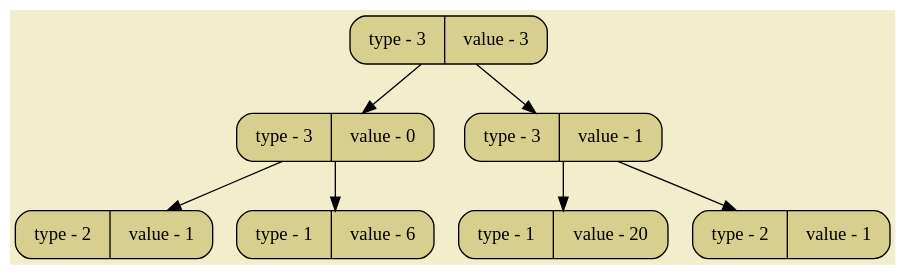
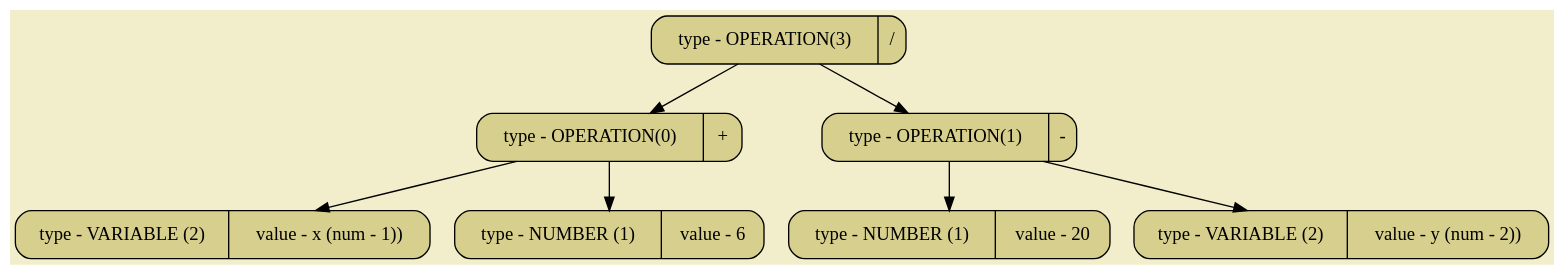
Before and after one commit to SashaKhaytina/Differenciator: the diagram in pictures/image01.dot, drawn with Graphviz. The commit also changed 7 other files, not shown here.

```diff
--- a/pictures/image01.dot
+++ b/pictures/image01.dot
@@ -1,18 +1,18 @@
 digraph
 {
 bgcolor="#F2EECB";
 rankdir = TB;
-POINT_0x57977ae09490[shape=Mrecord, label = "type - 3 | value - 3", style="filled",fillcolor="#D7CF8D"]
-POINT_0x57977ae098c0[shape=Mrecord, label = "type - 3 | value - 0", style="filled",fillcolor="#D7CF8D"]
-POINT_0x57977ae098e0[shape=Mrecord, label = "type - 2 | value - 1", style="filled",fillcolor="#D7CF8D"]
-POINT_0x57977ae09900[shape=Mrecord, label = "type - 1 | value - 6", style="filled",fillcolor="#D7CF8D"]
-POINT_0x57977ae09920[shape=Mrecord, label = "type - 3 | value - 1", style="filled",fillcolor="#D7CF8D"]
-POINT_0x57977ae09940[shape=Mrecord, label = "type - 1 | value - 20", style="filled",fillcolor="#D7CF8D"]
-POINT_0x57977ae09960[shape=Mrecord, label = "type - 2 | value - 1", style="filled",fillcolor="#D7CF8D"]
-POINT_0x57977ae09490 -> POINT_0x57977ae098c0
-POINT_0x57977ae09490 -> POINT_0x57977ae09920
-POINT_0x57977ae098c0 -> POINT_0x57977ae098e0
-POINT_0x57977ae098c0 -> POINT_0x57977ae09900
-POINT_0x57977ae09920 -> POINT_0x57977ae09940
-POINT_0x57977ae09920 -> POINT_0x57977ae09960
+POINT_0x5ea2d7f1a490[shape=Mrecord, label = "type - OPERATION(3) | /", style="filled",fillcolor="#D7CF8D"]
+POINT_0x5ea2d7f1a8c0[shape=Mrecord, label = "type - OPERATION(0) | +", style="filled",fillcolor="#D7CF8D"]
+POINT_0x5ea2d7f1a8e0[shape=Mrecord, label = "type - VARIABLE (2) | value - x (num - 1))", style="filled",fillcolor="#D7CF8D"]
+POINT_0x5ea2d7f1a900[shape=Mrecord, label = "type - NUMBER (1) | value - 6", style="filled",fillcolor="#D7CF8D"]
+POINT_0x5ea2d7f1a920[shape=Mrecord, label = "type - OPERATION(1) | -", style="filled",fillcolor="#D7CF8D"]
+POINT_0x5ea2d7f1a940[shape=Mrecord, label = "type - NUMBER (1) | value - 20", style="filled",fillcolor="#D7CF8D"]
+POINT_0x5ea2d7f1a960[shape=Mrecord, label = "type - VARIABLE (2) | value - y (num - 2))", style="filled",fillcolor="#D7CF8D"]
+POINT_0x5ea2d7f1a490 -> POINT_0x5ea2d7f1a8c0
+POINT_0x5ea2d7f1a490 -> POINT_0x5ea2d7f1a920
+POINT_0x5ea2d7f1a8c0 -> POINT_0x5ea2d7f1a8e0
+POINT_0x5ea2d7f1a8c0 -> POINT_0x5ea2d7f1a900
+POINT_0x5ea2d7f1a920 -> POINT_0x5ea2d7f1a940
+POINT_0x5ea2d7f1a920 -> POINT_0x5ea2d7f1a960
 }
```
